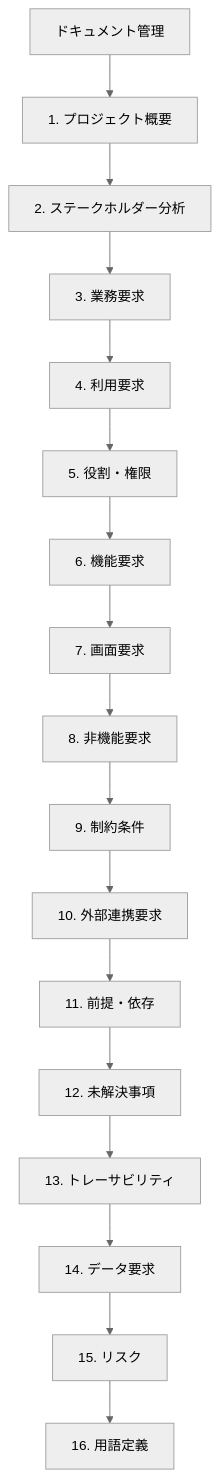
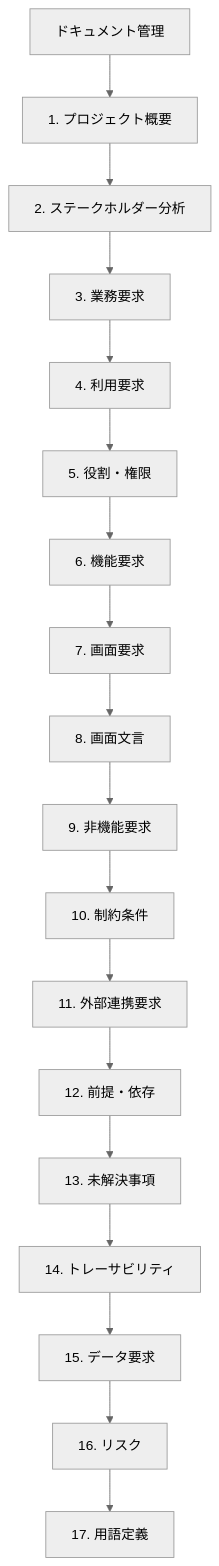
The first of 3 diagrams in template.md (shioki/requirements-to-spec-template), drawn with Mermaid (neutral theme) before and after one commit. The commit also changed other lines of this file and 8 other files, not shown here.

````diff
--- a/template.md
+++ b/template.md
@@ -28,19 +29,20 @@
 ```mermaid
 flowchart TD
   docControl["ドキュメント管理"] --> projectOverview["1. プロジェクト概要"]
   projectOverview --> stakeholderAnalysis["2. ステークホルダー分析"]
   stakeholderAnalysis --> businessReq["3. 業務要求"]
   businessReq --> userCases["4. 利用要求"]
   userCases --> roles["5. 役割・権限"]
   roles --> functionalReq["6. 機能要求"]
   functionalReq --> uiRequirements["7. 画面要求"]
-  uiRequirements --> nonFunctionalReq["8. 非機能要求"]
-  nonFunctionalReq --> constraints["9. 制約条件"]
-  constraints --> interfaces["10. 外部連携要求"]
-  interfaces --> assumptions["11. 前提・依存"]
-  assumptions --> openIssues["12. 未解決事項"]
-  openIssues --> traceability["13. トレーサビリティ"]
-  traceability --> dataReq["14. データ要求"]
-  dataReq --> risks["15. リスク"]
-  risks --> glossary["16. 用語定義"]
+  uiRequirements --> messages["8. 画面文言"]
+  messages --> nonFunctionalReq["9. 非機能要求"]
+  nonFunctionalReq --> constraints["10. 制約条件"]
+  constraints --> interfaces["11. 外部連携要求"]
+  interfaces --> assumptions["12. 前提・依存"]
+  assumptions --> openIssues["13. 未解決事項"]
+  openIssues --> traceability["14. トレーサビリティ"]
+  traceability --> dataReq["15. データ要求"]
+  dataReq --> risks["16. リスク"]
+  risks --> glossary["17. 用語定義"]
 ```
````
